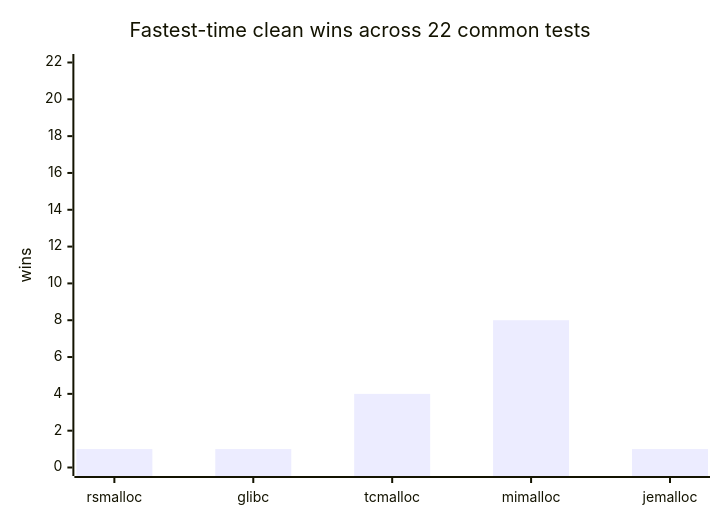
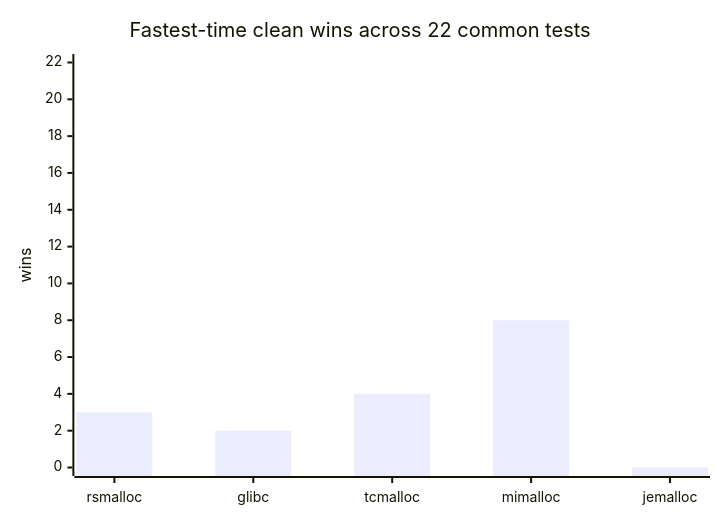
The first of 8 diagrams in benchmarks/benchmarks.md (Metehan120/rsmalloc), drawn with Mermaid before and after one commit. The commit also changed other lines of this file and 1 other file, not shown here.

````diff
--- a/benchmarks/benchmarks.md
+++ b/benchmarks/benchmarks.md
@@ -80,7 +78,7 @@
 ```mermaid
 xychart-beta
     title "Fastest-time clean wins across 22 common tests"
     x-axis [rsmalloc, glibc, tcmalloc, mimalloc, jemalloc]
     y-axis "wins" 0 --> 22
-    bar [1, 1, 4, 8, 1]
+    bar [3, 2, 4, 8, 0]
 ```
````
